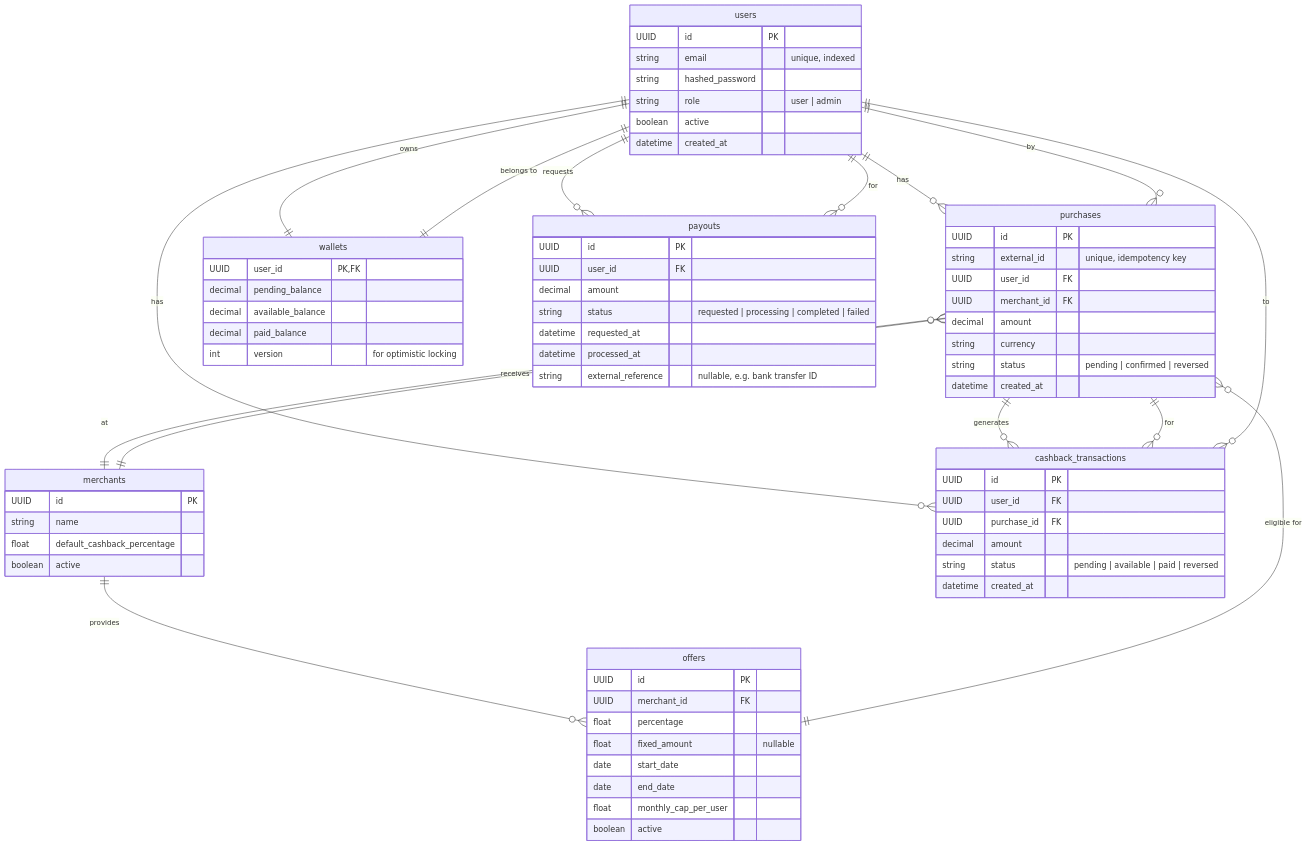
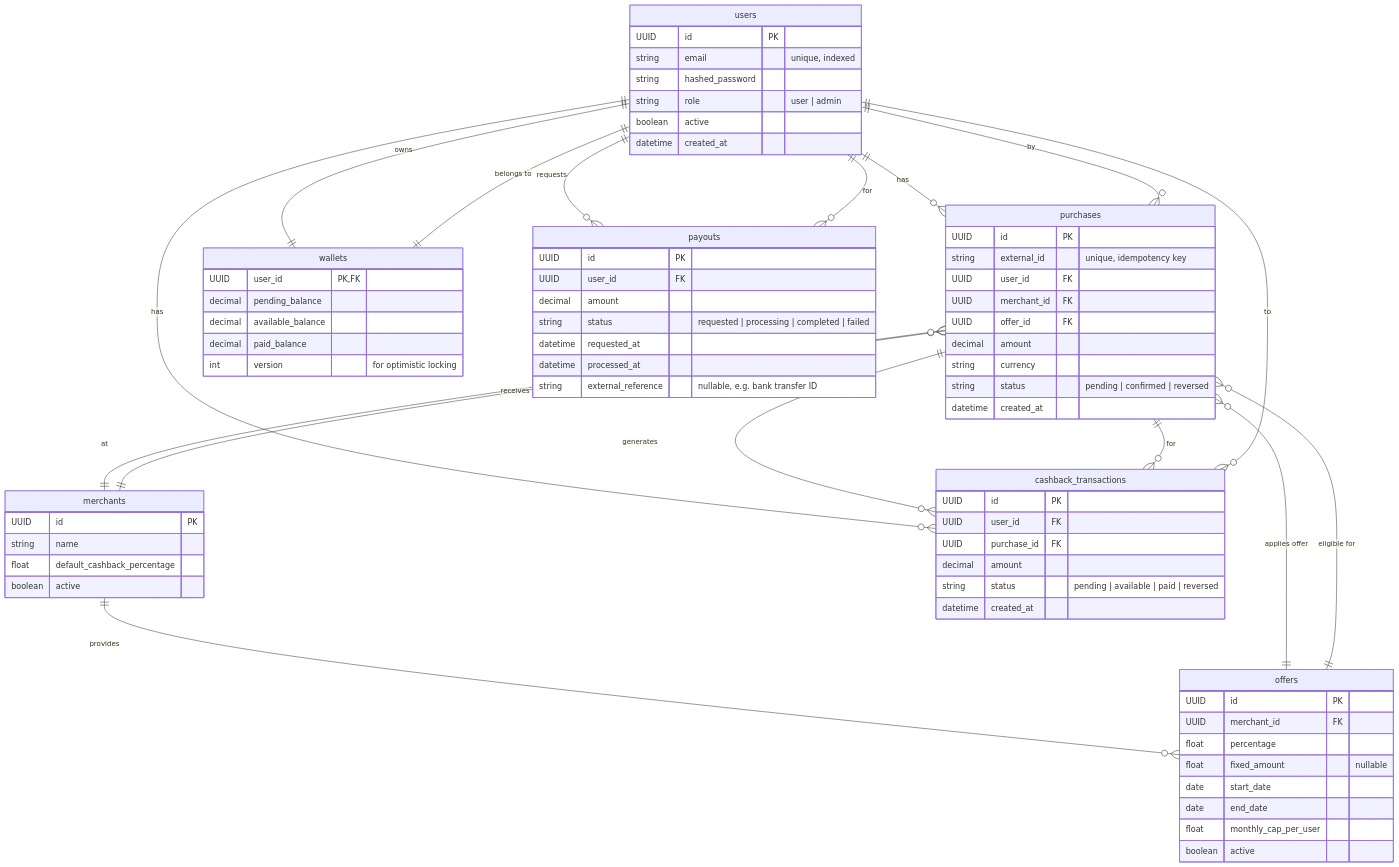
One commit to jerosanchez/clicknback changed the diagram in docs/design/data-model.md. Above: the diagram before and after it, drawn with Mermaid. The commit also changed other lines of this file and 10 other files, not shown here.

````diff
--- a/docs/design/data-model.md
+++ b/docs/design/data-model.md
@@ -209,76 +210,78 @@
 ```mermaid
 erDiagram
  users {
   UUID id PK
   string email "unique, indexed"
   string hashed_password
   string role "user | admin"
   boolean active
   datetime created_at
  }
  merchants {
   UUID id PK
   string name
   float default_cashback_percentage
   boolean active
  }
  offers {
   UUID id PK
   UUID merchant_id FK
   float percentage
   float fixed_amount "nullable"
   date start_date
   date end_date
   float monthly_cap_per_user
   boolean active
  }
  purchases {
   UUID id PK
   string external_id "unique, idempotency key"
   UUID user_id FK
   UUID merchant_id FK
+  UUID offer_id FK
   decimal amount
   string currency
   string status "pending | confirmed | reversed"
   datetime created_at
  }
  cashback_transactions {
   UUID id PK
   UUID user_id FK
   UUID purchase_id FK
   decimal amount
   string status "pending | available | paid | reversed"
   datetime created_at
  }
  wallets {
   UUID user_id PK, FK
   decimal pending_balance
   decimal available_balance
   decimal paid_balance
   int version "for optimistic locking"
  }
  payouts {
   UUID id PK
   UUID user_id FK
   decimal amount
   string status "requested | processing | completed | failed"
   datetime requested_at
   datetime processed_at
   string external_reference "nullable, e.g. bank transfer ID"
  }
 
  users ||--o{ purchases : "has"
  users ||--o{ cashback_transactions : "has"
  users ||--|| wallets : "owns"
  users ||--o{ payouts : "requests"
  merchants ||--o{ offers : "provides"
  merchants ||--o{ purchases : "receives"
  offers ||--o{ purchases : "eligible for"
  purchases ||--o{ cashback_transactions : "generates"
  purchases }o--|| users : "by"
  purchases }o--|| merchants : "at"
  cashback_transactions }o--|| purchases : "for"
  cashback_transactions }o--|| users : "to"
  wallets ||--|| users : "belongs to"
  payouts }o--|| users : "for"
+ purchases }o--|| offers : "applies offer"
 ```
````
